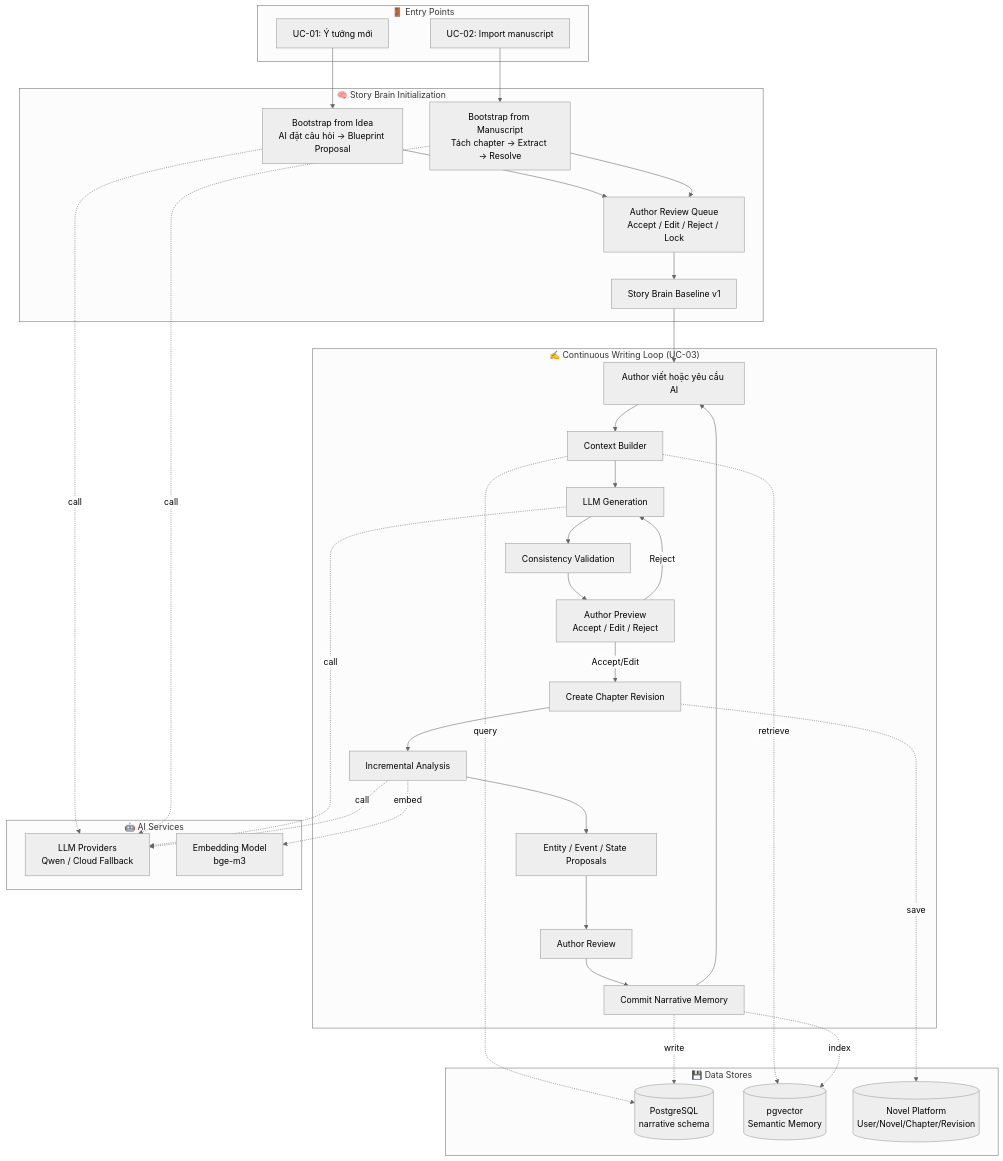
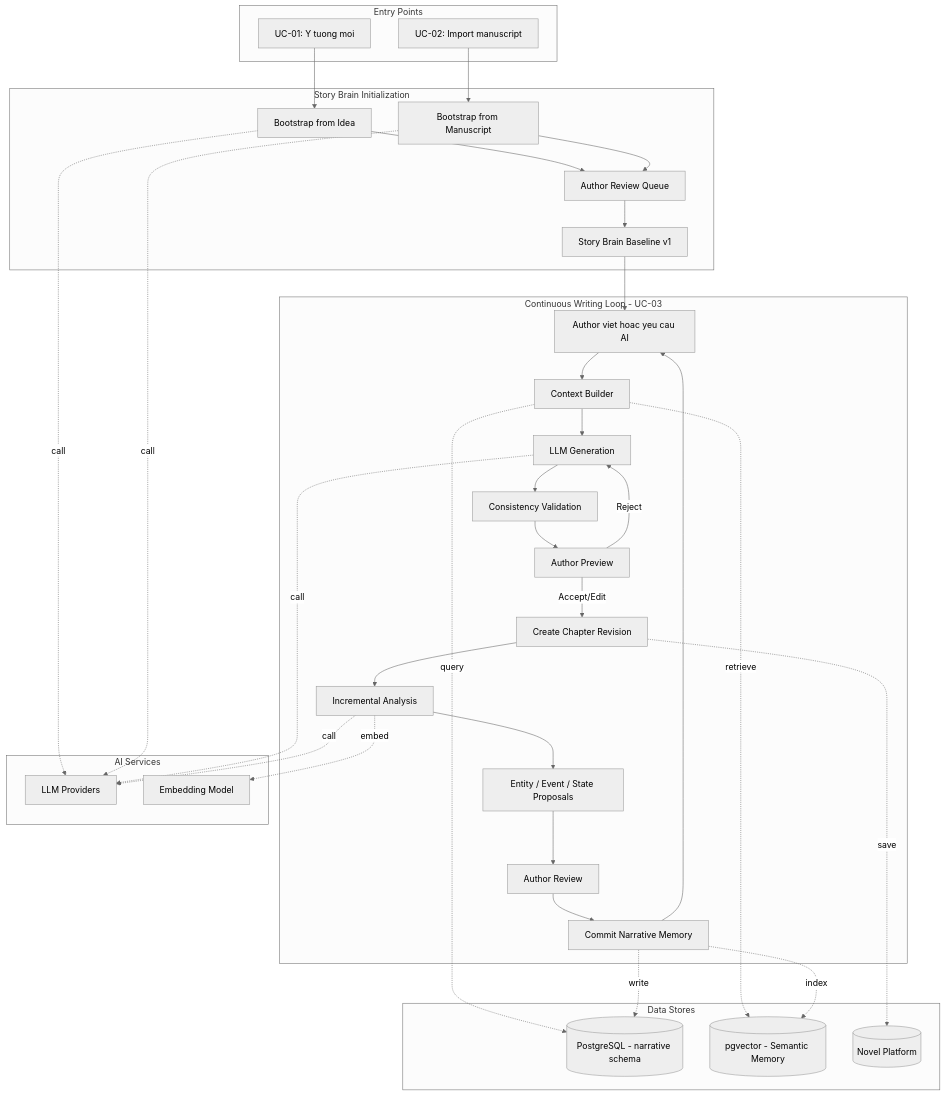
One commit to Ephurin/Novel_sharing_platform changed the first of 8 diagrams in docs/PIPELINE.md. Above: the diagram before and after it, drawn with Mermaid (neutral theme). The commit also changed other lines of this file, not shown here.

Commit message:
fix(docs): format mermaid diagrams in PIPELINE.md for GitHub preview compatibility

````diff
--- a/docs/PIPELINE.md
+++ b/docs/PIPELINE.md
@@ -12,68 +12,68 @@
 ```mermaid
 flowchart TB
-    subgraph Entry["🚪 Entry Points"]
-        IDEA["UC-01: Ý tưởng mới"]
+    subgraph Entry["Entry Points"]
+        IDEA["UC-01: Y tuong moi"]
         IMPORT["UC-02: Import manuscript"]
     end
 
-    subgraph BrainInit["🧠 Story Brain Initialization"]
-        BOOTSTRAP_IDEA["Bootstrap from Idea<br/>AI đặt câu hỏi → Blueprint Proposal"]
-        BOOTSTRAP_IMPORT["Bootstrap from Manuscript<br/>Tách chapter → Extract → Resolve"]
-        REVIEW_QUEUE["Author Review Queue<br/>Accept / Edit / Reject / Lock"]
+    subgraph BrainInit["Story Brain Initialization"]
+        BOOTSTRAP_IDEA["Bootstrap from Idea"]
+        BOOTSTRAP_IMPORT["Bootstrap from Manuscript"]
+        REVIEW_QUEUE["Author Review Queue"]
         BASELINE["Story Brain Baseline v1"]
     end
 
-    subgraph WritingLoop["✍️ Continuous Writing Loop (UC-03)"]
-        WRITE["Author viết hoặc yêu cầu AI"]
+    subgraph WritingLoop["Continuous Writing Loop - UC-03"]
+        WRITE["Author viet hoac yeu cau AI"]
         CONTEXT["Context Builder"]
         GENERATE["LLM Generation"]
         VALIDATE["Consistency Validation"]
-        PREVIEW["Author Preview<br/>Accept / Edit / Reject"]
+        PREVIEW["Author Preview"]
         REVISION["Create Chapter Revision"]
         ANALYZE["Incremental Analysis"]
         PROPOSALS["Entity / Event / State Proposals"]
         AUTHOR_REVIEW["Author Review"]
         COMMIT["Commit Narrative Memory"]
     end
 
-    subgraph DataStores["💾 Data Stores"]
-        PG[("PostgreSQL<br/>narrative schema")]
-        VEC[("pgvector<br/>Semantic Memory")]
-        PLATFORM[("Novel Platform<br/>User/Novel/Chapter/Revision")]
+    subgraph DataStores["Data Stores"]
+        PG[("PostgreSQL - narrative schema")]
+        VEC[("pgvector - Semantic Memory")]
+        PLATFORM[("Novel Platform")]
     end
 
-    subgraph AI["🤖 AI Services"]
-        LLM["LLM Providers<br/>Qwen / Cloud Fallback"]
-        EMBED["Embedding Model<br/>bge-m3"]
+    subgraph AI["AI Services"]
+        LLM["LLM Providers"]
+        EMBED["Embedding Model"]
     end
 
     IDEA --> BOOTSTRAP_IDEA
     IMPORT --> BOOTSTRAP_IMPORT
     BOOTSTRAP_IDEA --> REVIEW_QUEUE
     BOOTSTRAP_IMPORT --> REVIEW_QUEUE
     REVIEW_QUEUE --> BASELINE
     BASELINE --> WRITE
 
     WRITE --> CONTEXT
     CONTEXT --> GENERATE
     GENERATE --> VALIDATE
     VALIDATE --> PREVIEW
     PREVIEW -->|Reject| GENERATE
     PREVIEW -->|Accept/Edit| REVISION
     REVISION --> ANALYZE
     ANALYZE --> PROPOSALS
     PROPOSALS --> AUTHOR_REVIEW
     AUTHOR_REVIEW --> COMMIT
     COMMIT --> WRITE
 
     CONTEXT -.->|query| PG
     CONTEXT -.->|retrieve| VEC
     GENERATE -.->|call| LLM
     ANALYZE -.->|call| LLM
     COMMIT -.->|write| PG
     COMMIT -.->|index| VEC
     REVISION -.->|save| PLATFORM
     BOOTSTRAP_IDEA -.->|call| LLM
     BOOTSTRAP_IMPORT -.->|call| LLM
     ANALYZE -.->|embed| EMBED
 ```
````
